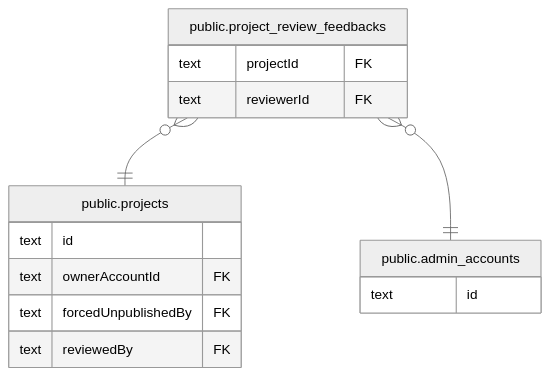
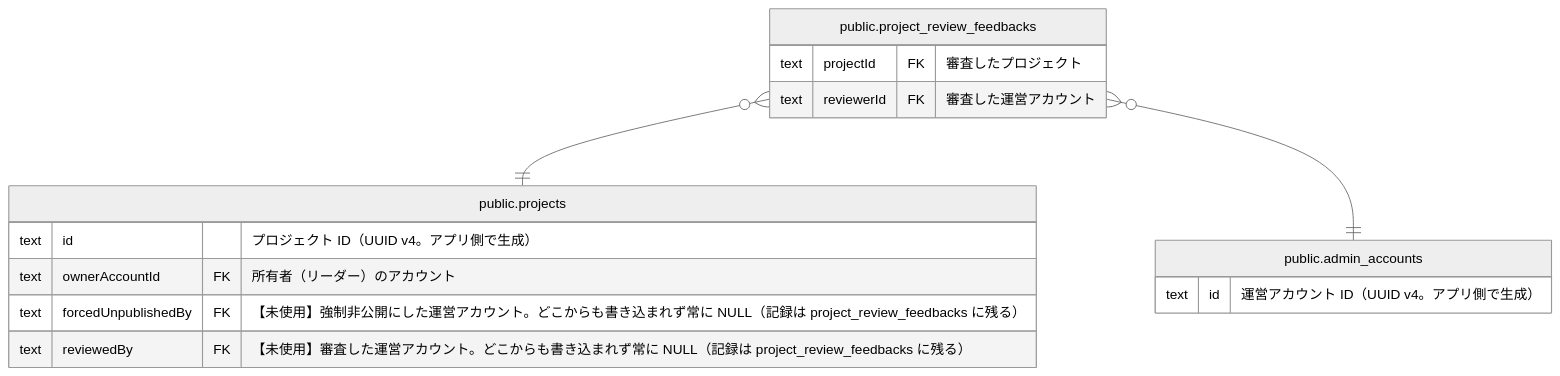
One commit to Physicalfunding/PhysiFun changed the diagram in docs/db/public.project_review_feedbacks.md. Above: the diagram before and after it, drawn with Mermaid (neutral theme). The commit also changed other lines of this file and 23 other files, not shown here.

````diff
--- a/docs/db/public.project_review_feedbacks.md
+++ b/docs/db/public.project_review_feedbacks.md
@@ -40,20 +44,20 @@
 ```mermaid
 erDiagram
 
 "public.project_review_feedbacks" }o--|| "public.projects" : ""
 "public.project_review_feedbacks" }o--|| "public.admin_accounts" : ""
 
 "public.project_review_feedbacks" {
-  text projectId FK ""
-  text reviewerId FK ""
+  text projectId FK "審査したプロジェクト"
+  text reviewerId FK "審査した運営アカウント"
 }
 "public.projects" {
-  text id ""
-  text ownerAccountId FK ""
-  text forcedUnpublishedBy FK ""
-  text reviewedBy FK ""
+  text id "プロジェクト ID（UUID v4。アプリ側で生成）"
+  text ownerAccountId FK "所有者（リーダー）のアカウント"
+  text forcedUnpublishedBy FK "【未使用】強制非公開にした運営アカウント。どこからも書き込まれず常に NULL（記録は project_review_feedbacks に残る）"
+  text reviewedBy FK "【未使用】審査した運営アカウント。どこからも書き込まれず常に NULL（記録は project_review_feedbacks に残る）"
 }
 "public.admin_accounts" {
-  text id ""
+  text id "運営アカウント ID（UUID v4。アプリ側で生成）"
 }
 ```
````
